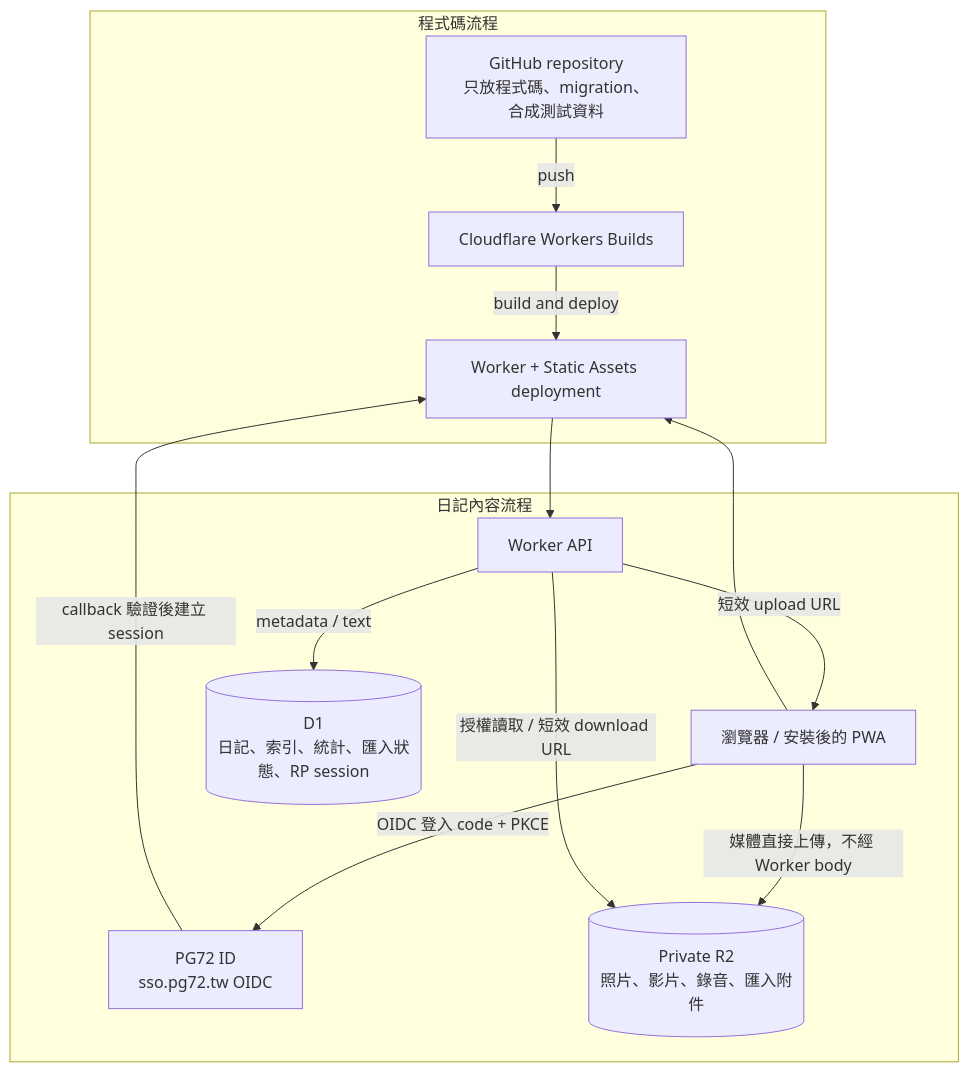
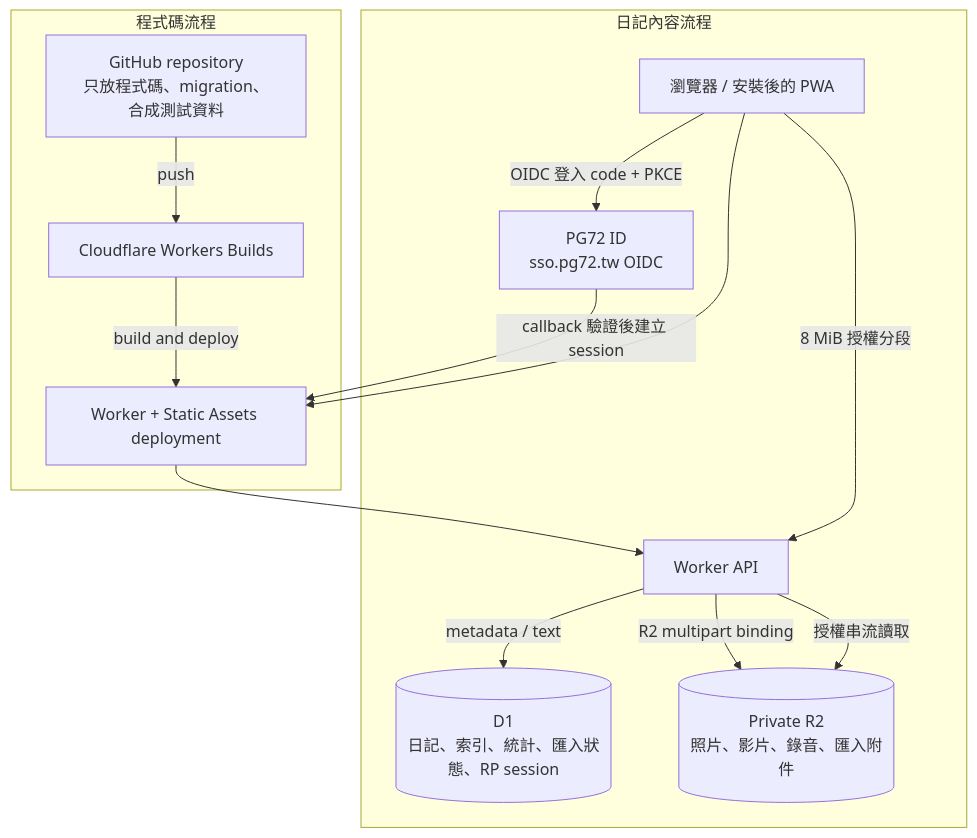
The first of 2 diagrams in README.md (PGpenguin72/diary.pg72.tw), drawn with Mermaid before and after one commit. The commit also changed other lines of this file and 17 other files, not shown here.

````diff
--- a/README.md
+++ b/README.md
@@ -67,26 +67,26 @@
 ```mermaid
 flowchart TB
     subgraph code[程式碼流程]
         GH[GitHub repository<br/>只放程式碼、migration、合成測試資料]
         WB[Cloudflare Workers Builds]
         DEPLOY[Worker + Static Assets deployment]
         GH -->|push| WB -->|build and deploy| DEPLOY
     end
 
     subgraph content[日記內容流程]
         USER[瀏覽器 / 安裝後的 PWA]
         SSO[PG72 ID<br/>sso.pg72.tw OIDC]
         API[Worker API]
         D1[(D1<br/>日記、索引、統計、匯入狀態、RP session)]
         R2[(Private R2<br/>照片、影片、錄音、匯入附件)]
 
         USER -->|OIDC 登入 code + PKCE| SSO
         SSO -->|callback 驗證後建立 session| DEPLOY
         USER --> DEPLOY
         DEPLOY --> API
         API -->|metadata / text| D1
-        API -->|短效 upload URL| USER
-        USER -->|媒體直接上傳，不經 Worker body| R2
-        API -->|授權讀取 / 短效 download URL| R2
+        USER -->|8 MiB 授權分段| API
+        API -->|R2 multipart binding| R2
+        API -->|授權串流讀取| R2
     end
 ```
````
